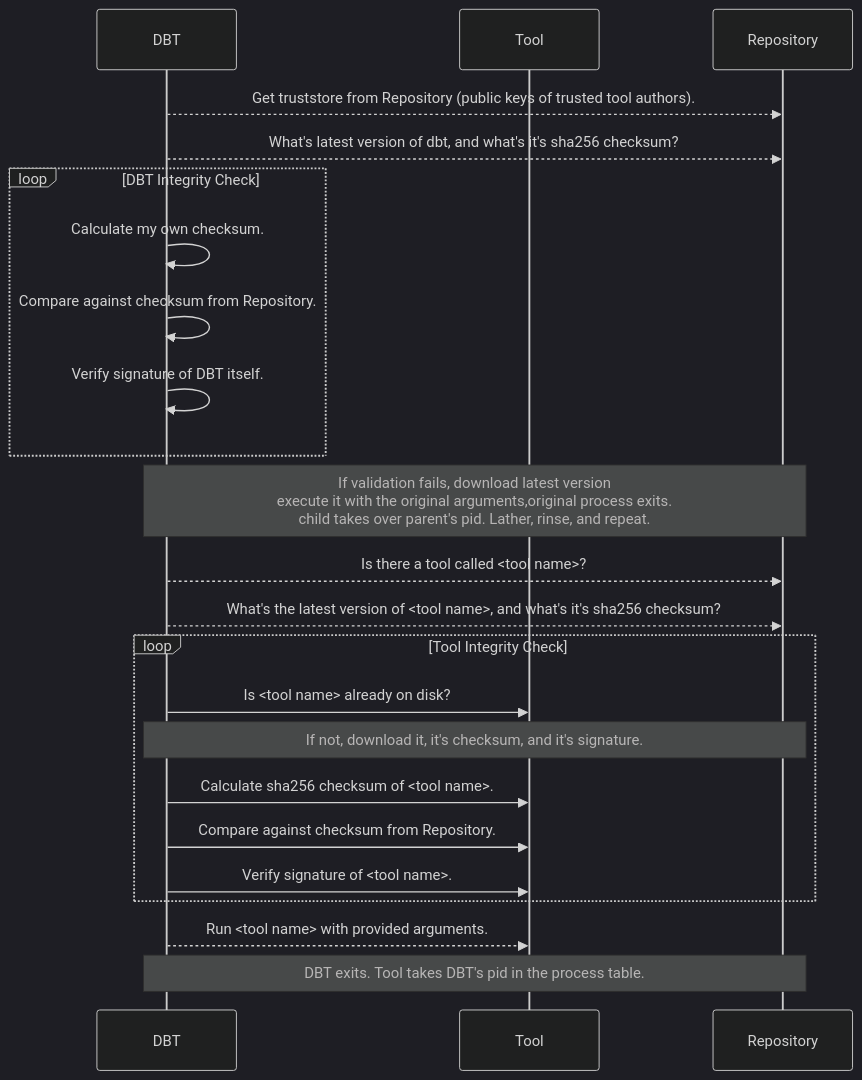
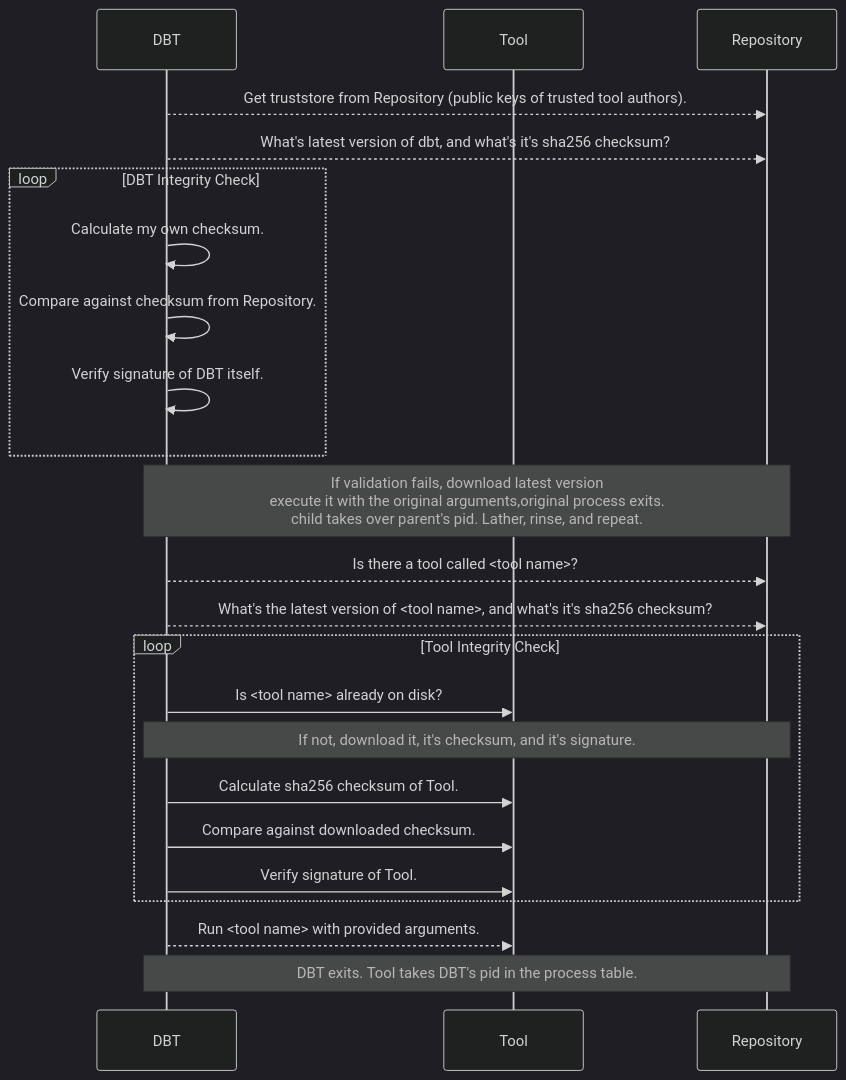
Before and after one commit to nikogura/dbt: the diagram in README.md, drawn with Mermaid (dark theme).

Commit message:
playing with mermaid

````diff
--- a/README.md
+++ b/README.md
@@ -45,26 +45,26 @@
 ```mermaid
 sequenceDiagram
     participant DBT
     participant Tool
     participant Repository
     DBT-->>Repository: Get truststore from Repository (public keys of trusted tool authors).
     DBT-->>Repository: What's latest version of dbt, and what's it's sha256 checksum?
     loop DBT Integrity Check
         DBT->>DBT: Calculate my own checksum.
         DBT->>DBT: Compare against checksum from Repository.
         DBT->>DBT: Verify signature of DBT itself.
     end
     Note over DBT,Repository: If validation fails, download latest version<br>execute it with the original arguments,original process exits.<br>child takes over parent's pid.  Lather, rinse, and repeat.
     DBT-->>Repository: Is there a tool called <tool name>?
     DBT-->>Repository: What's the latest version of <tool name>, and what's it's sha256 checksum?
     loop Tool Integrity Check
         DBT->>Tool: Is <tool name> already on disk?
         Note over DBT,Repository: If not, download it, it's checksum, and it's signature.
-        DBT->>Tool: Calculate sha256 checksum of <tool name>.
-        DBT->>Tool: Compare against checksum from Repository.
-        DBT->>Tool: Verify signature of <tool name>.
+        DBT->>Tool: Calculate sha256 checksum of Tool.
+        DBT->>Tool: Compare against downloaded checksum.
+        DBT->>Tool: Verify signature of Tool.
     end
     DBT-->>Tool: Run <tool name> with provided arguments.
     Note over DBT,Repository: DBT exits.  Tool takes DBT's pid in the process table.
 
 ```
````
